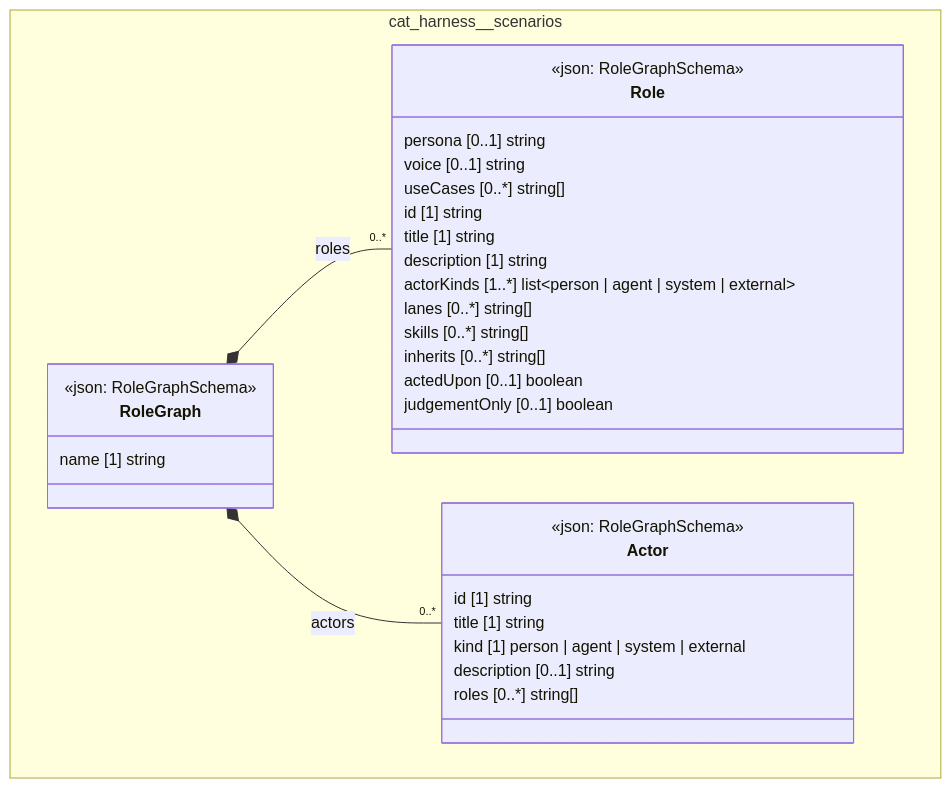
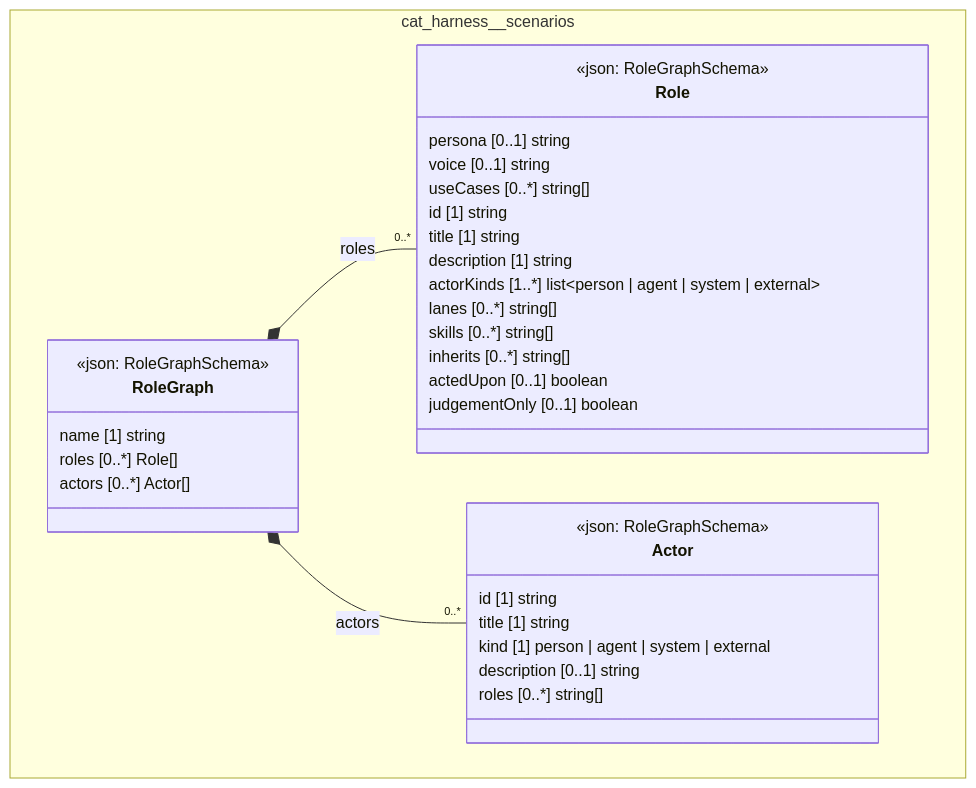
Before and after one commit to litlfred/folio-assistant: the diagram in cat-harness/uml/overview/cat-harness/scenarios.mmd, drawn with Mermaid. The commit also changed 181 other files, not shown here.

First line of the commit message:
UML: full object model on the overview page; no empty class boxes

```diff
--- a/cat-harness/uml/overview/cat-harness/scenarios.mmd
+++ b/cat-harness/uml/overview/cat-harness/scenarios.mmd
@@ -1,36 +1,38 @@
 classDiagram
   direction TB
   namespace cat_harness__scenarios {
     class cat_harness_scenarios_Role["Role"] {
       <<json: RoleGraphSchema>>
       persona [0..1] string
       voice [0..1] string
       useCases [0..*] string[]
       id [1] string
       title [1] string
       description [1] string
       actorKinds [1..*] list~person | agent | system | external~
       lanes [0..*] string[]
       skills [0..*] string[]
       inherits [0..*] string[]
       actedUpon [0..1] boolean
       judgementOnly [0..1] boolean
     }
     class cat_harness_scenarios_Actor["Actor"] {
       <<json: RoleGraphSchema>>
       id [1] string
       title [1] string
       kind [1] person | agent | system | external
       description [0..1] string
       roles [0..*] string[]
     }
     class cat_harness_scenarios_RoleGraph["RoleGraph"] {
       <<json: RoleGraphSchema>>
       name [1] string
+      roles [0..*] Role[]
+      actors [0..*] Actor[]
     }
   }
   cat_harness_scenarios_RoleGraph *-- "0..*" cat_harness_scenarios_Role : roles
   cat_harness_scenarios_RoleGraph *-- "0..*" cat_harness_scenarios_Actor : actors
   cssClass "cat_harness_scenarios_Role" fa_uml_kind_scenarios
   cssClass "cat_harness_scenarios_Actor" fa_uml_kind_scenarios
   cssClass "cat_harness_scenarios_RoleGraph" fa_uml_kind_scenarios
```
